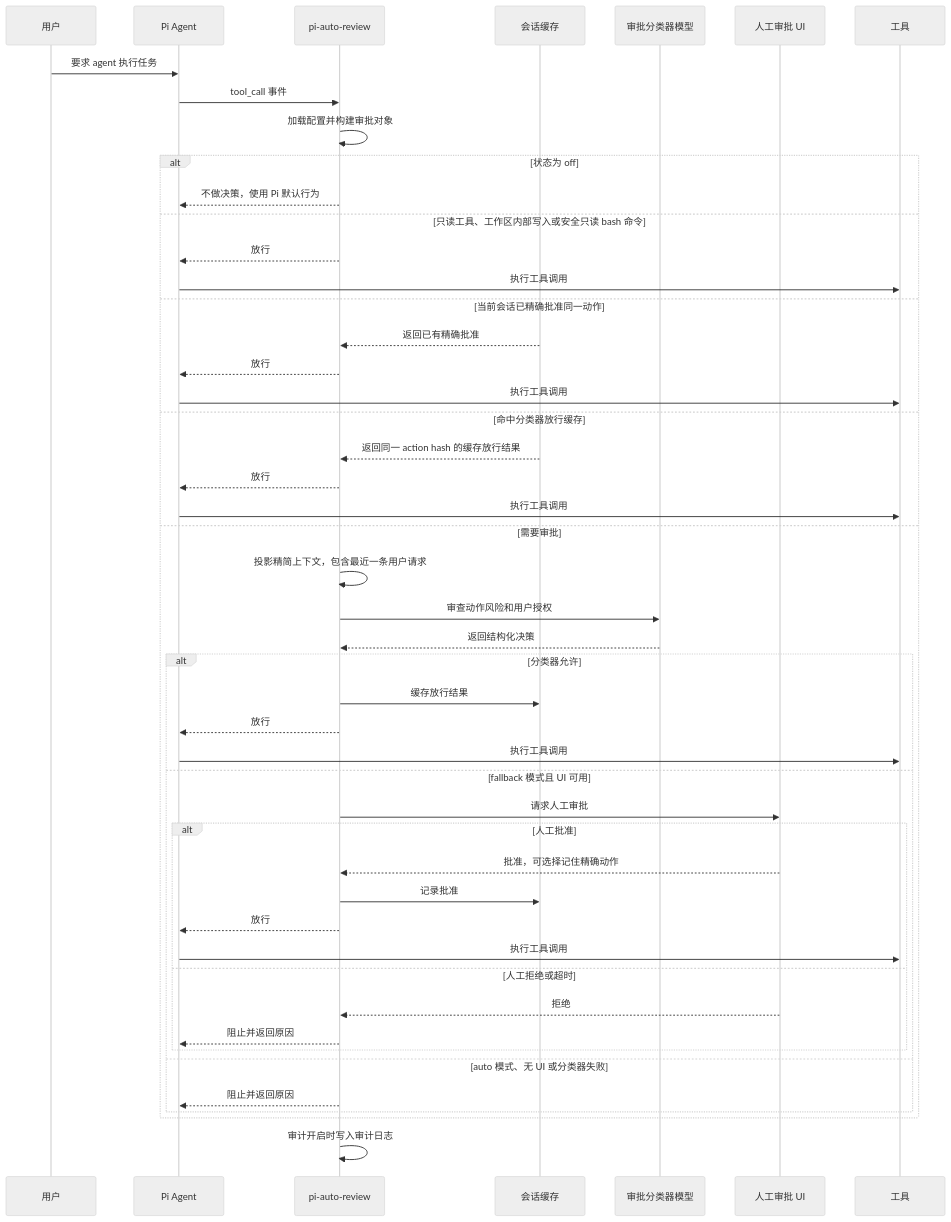
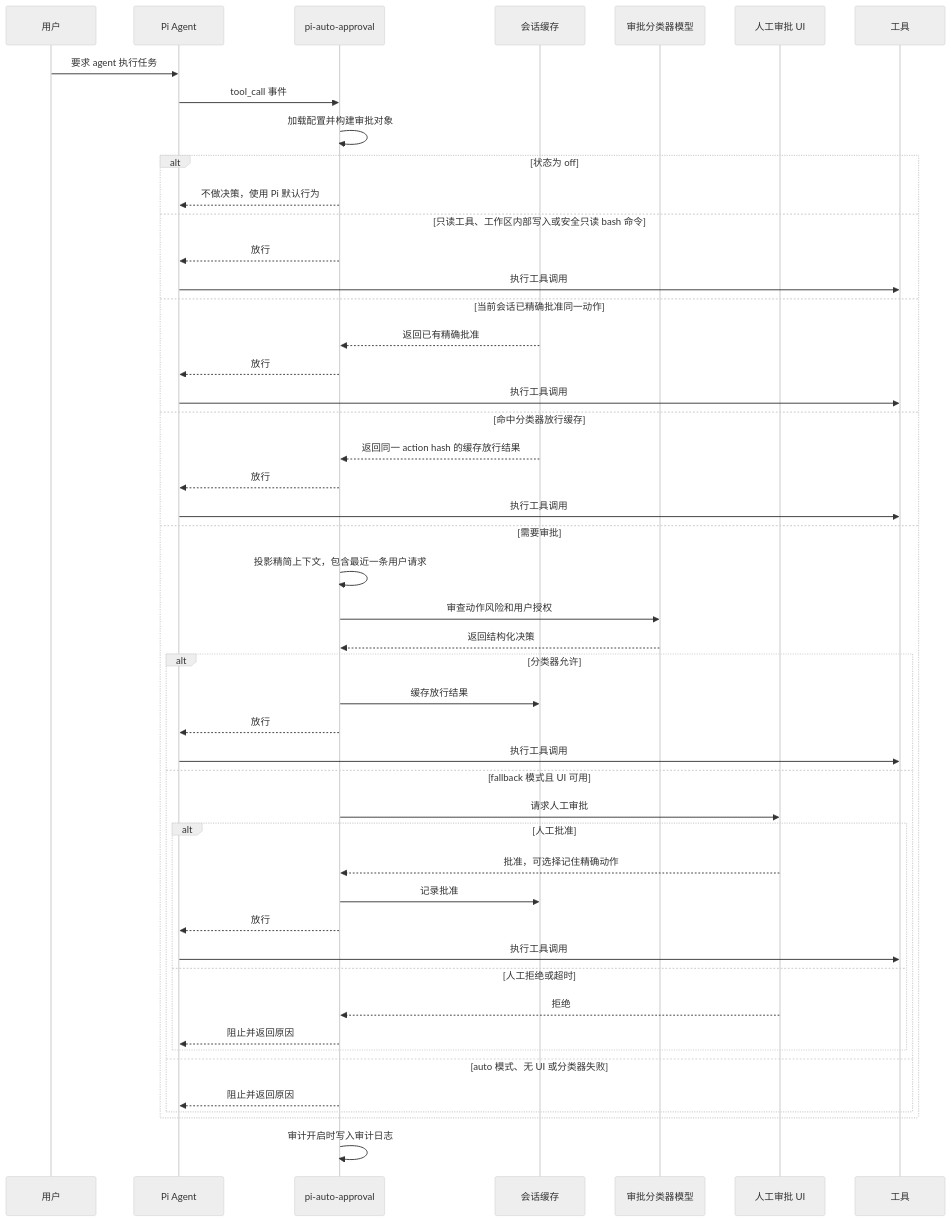
The diagram in README.zh-CN.md (Europa2061/pi-auto-approval), drawn with Mermaid (neutral theme) before and after one commit. The commit also changed other lines of this file and 11 other files, not shown here.

First line of the commit message:
chore：重命名项目为 pi-auto-approval

````diff
--- a/README.zh-CN.md
+++ b/README.zh-CN.md
@@ -69,54 +69,54 @@
 ```mermaid
 sequenceDiagram
     participant User as 用户
     participant Pi as Pi Agent
-    participant Ext as pi-auto-review
+    participant Ext as pi-auto-approval
     participant Store as 会话缓存
     participant Classifier as 审批分类器模型
     participant Human as 人工审批 UI
     participant Tool as 工具
 
     User->>Pi: 要求 agent 执行任务
     Pi->>Ext: tool_call 事件
     Ext->>Ext: 加载配置并构建审批对象
 
     alt 状态为 off
         Ext-->>Pi: 不做决策，使用 Pi 默认行为
     else 只读工具、工作区内部写入或安全只读 bash 命令
         Ext-->>Pi: 放行
         Pi->>Tool: 执行工具调用
     else 当前会话已精确批准同一动作
         Store-->>Ext: 返回已有精确批准
         Ext-->>Pi: 放行
         Pi->>Tool: 执行工具调用
     else 命中分类器放行缓存
         Store-->>Ext: 返回同一 action hash 的缓存放行结果
         Ext-->>Pi: 放行
         Pi->>Tool: 执行工具调用
     else 需要审批
         Ext->>Ext: 投影精简上下文，包含最近一条用户请求
         Ext->>Classifier: 审查动作风险和用户授权
         Classifier-->>Ext: 返回结构化决策
 
         alt 分类器允许
             Ext->>Store: 缓存放行结果
             Ext-->>Pi: 放行
             Pi->>Tool: 执行工具调用
         else fallback 模式且 UI 可用
             Ext->>Human: 请求人工审批
             alt 人工批准
                 Human-->>Ext: 批准，可选择记住精确动作
                 Ext->>Store: 记录批准
                 Ext-->>Pi: 放行
                 Pi->>Tool: 执行工具调用
             else 人工拒绝或超时
                 Human-->>Ext: 拒绝
                 Ext-->>Pi: 阻止并返回原因
             end
         else auto 模式、无 UI 或分类器失败
             Ext-->>Pi: 阻止并返回原因
         end
     end
 
     Ext->>Ext: 审计开启时写入审计日志
 ```
````
